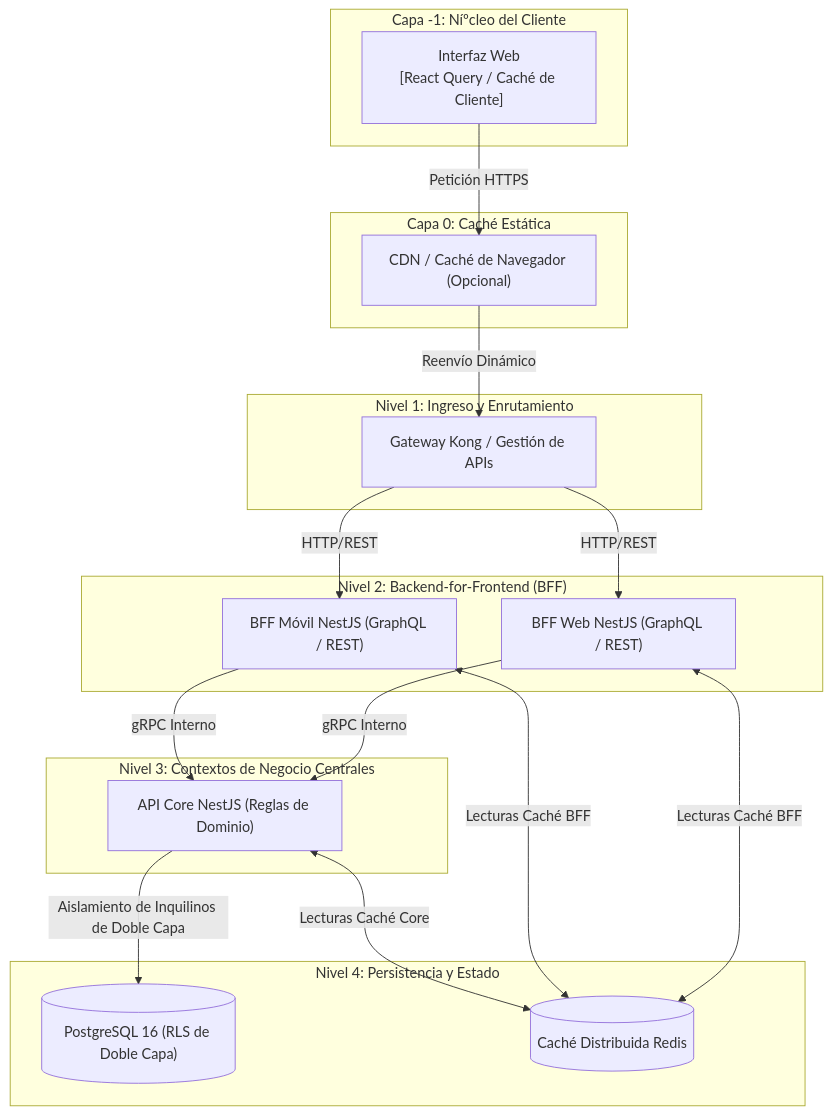
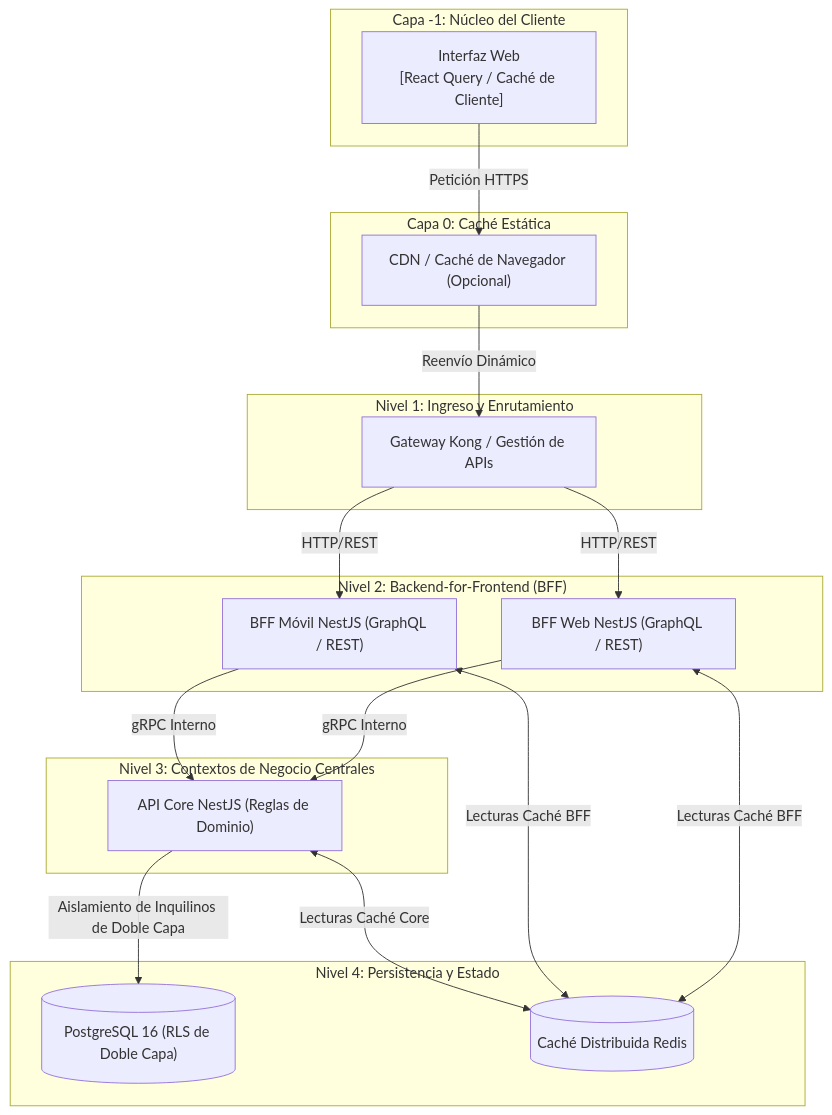
The second of 3 diagrams in architecture/blueprints-es/c4-topology-spec.md (beyondnetcode/arc32_progresive_monolith), drawn with Mermaid before and after one commit. The commit also changed other lines of this file and 328 other files, not shown here.

Commit message:
chore: update and synchronize governance, architecture, and SDLC documentation across multiple languages

````diff
--- a/architecture/blueprints-es/c4-topology-spec.md
+++ b/architecture/blueprints-es/c4-topology-spec.md
@@ -48,42 +48,42 @@
 ```mermaid
 graph TD
-    subgraph ClientLayer["Capa -1: Níºcleo del Cliente"]
-        WebClient["Interfaz Web\n[React Query / Caché de Cliente]"]
-    end
+ subgraph ClientLayer["Capa -1: Núcleo del Cliente"]
+ WebClient["Interfaz Web\n[React Query / Caché de Cliente]"]
+ end
 
-    subgraph PublicEdge["Capa 0: Caché Estática"]
-        CDN["CDN / Caché de Navegador (Opcional)"]
-    end
+ subgraph PublicEdge["Capa 0: Caché Estática"]
+ CDN["CDN / Caché de Navegador (Opcional)"]
+ end
 
-    subgraph EntryLayer["Nivel 1: Ingreso y Enrutamiento"]
-        KongGateway["Gateway Kong / Gestión de APIs"]
-    end
+ subgraph EntryLayer["Nivel 1: Ingreso y Enrutamiento"]
+ KongGateway["Gateway Kong / Gestión de APIs"]
+ end
 
-    subgraph BFFLayer["Nivel 2: Backend-for-Frontend (BFF)"]
-        WebBFF["BFF Web NestJS (GraphQL / REST)"]
-        MobileBFF["BFF Móvil NestJS (GraphQL / REST)"]
-    end
+ subgraph BFFLayer["Nivel 2: Backend-for-Frontend (BFF)"]
+ WebBFF["BFF Web NestJS (GraphQL / REST)"]
+ MobileBFF["BFF Móvil NestJS (GraphQL / REST)"]
+ end
 
-    subgraph ApplicationLayer["Nivel 3: Contextos de Negocio Centrales"]
-        MainAPI["API Core NestJS (Reglas de Dominio)"]
-    end
+ subgraph ApplicationLayer["Nivel 3: Contextos de Negocio Centrales"]
+ MainAPI["API Core NestJS (Reglas de Dominio)"]
+ end
 
-    subgraph StorageLayer["Nivel 4: Persistencia y Estado"]
-        PostgresSQL[("PostgreSQL 16 (RLS de Doble Capa)")]
-        RedisCache[("Caché Distribuida Redis")]
-    end
+ subgraph StorageLayer["Nivel 4: Persistencia y Estado"]
+ PostgresSQL[("PostgreSQL 16 (RLS de Doble Capa)")]
+ RedisCache[("Caché Distribuida Redis")]
+ end
 
-    WebClient -->|Petición HTTPS| CDN
-    CDN -->|Reenví­o Dinámico| KongGateway
-    KongGateway -->|HTTP/REST| WebBFF
-    KongGateway -->|HTTP/REST| MobileBFF
-    
-    WebBFF <-->|Lecturas Caché BFF| RedisCache
-    WebBFF -->|gRPC Interno| MainAPI
-    
-    MobileBFF <-->|Lecturas Caché BFF| RedisCache
-    MobileBFF -->|gRPC Interno| MainAPI
-    
-    MainAPI -->|Aislamiento de Inquilinos de Doble Capa| PostgresSQL
-    MainAPI <-->|Lecturas Caché Core| RedisCache
+ WebClient -->|Petición HTTPS| CDN
+ CDN -->|Reenvío Dinámico| KongGateway
+ KongGateway -->|HTTP/REST| WebBFF
+ KongGateway -->|HTTP/REST| MobileBFF
+ 
+ WebBFF <-->|Lecturas Caché BFF| RedisCache
+ WebBFF -->|gRPC Interno| MainAPI
+ 
+ MobileBFF <-->|Lecturas Caché BFF| RedisCache
+ MobileBFF -->|gRPC Interno| MainAPI
+ 
+ MainAPI -->|Aislamiento de Inquilinos de Doble Capa| PostgresSQL
+ MainAPI <-->|Lecturas Caché Core| RedisCache
 ```
````
